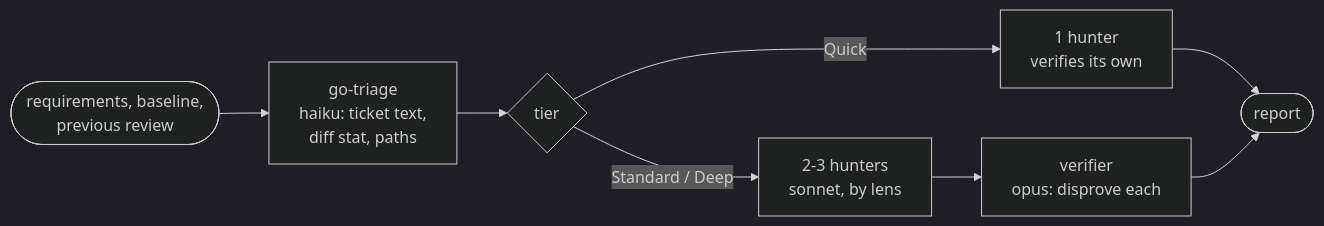
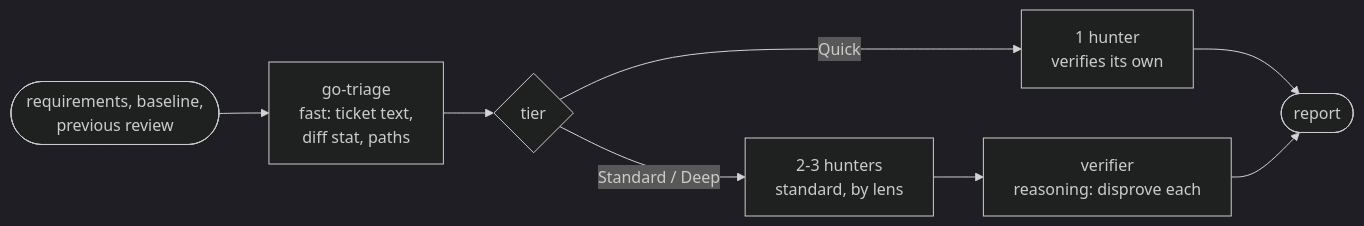
One commit to le0u0/just-do-it changed the first of 2 diagrams in docs/go-review.md. Above: the diagram before and after it, drawn with Mermaid (dark theme). The commit also changed other lines of this file and 11 other files, not shown here.

````diff
--- a/docs/go-review.md
+++ b/docs/go-review.md
@@ -7,10 +7,10 @@
 ```mermaid
 flowchart LR
-    IN([requirements, baseline,<br/>previous review]) --> G[go-triage<br/>haiku: ticket text,<br/>diff stat, paths]
+    IN([requirements, baseline,<br/>previous review]) --> G[go-triage<br/>fast: ticket text,<br/>diff stat, paths]
     G --> T{tier}
     T -->|Quick| Q[1 hunter<br/>verifies its own]
-    T -->|Standard / Deep| H[2-3 hunters<br/>sonnet, by lens]
-    H --> V[verifier<br/>opus: disprove each]
+    T -->|Standard / Deep| H[2-3 hunters<br/>standard, by lens]
+    H --> V[verifier<br/>reasoning: disprove each]
     Q --> R([report])
     V --> R
 ```
````
